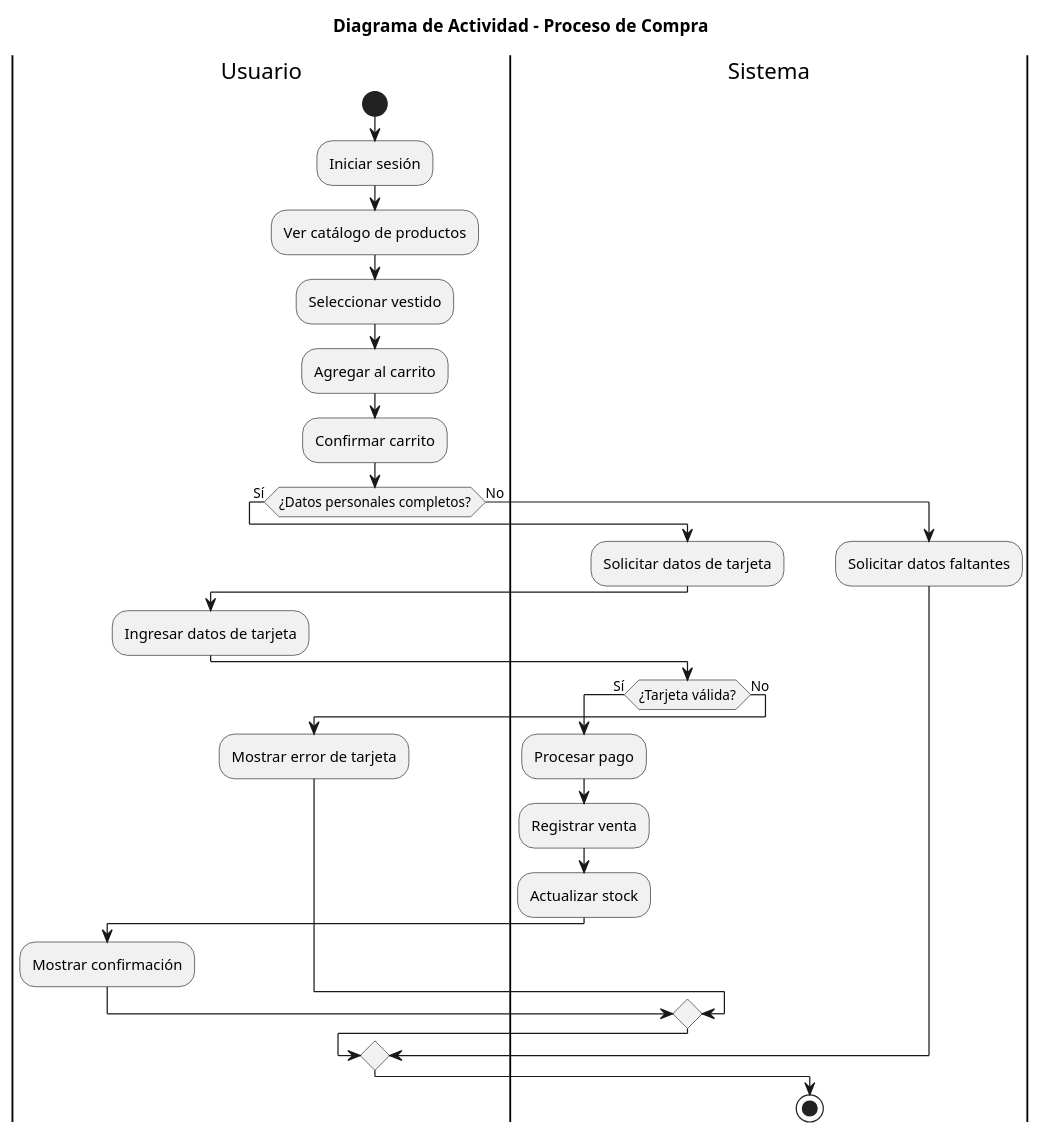
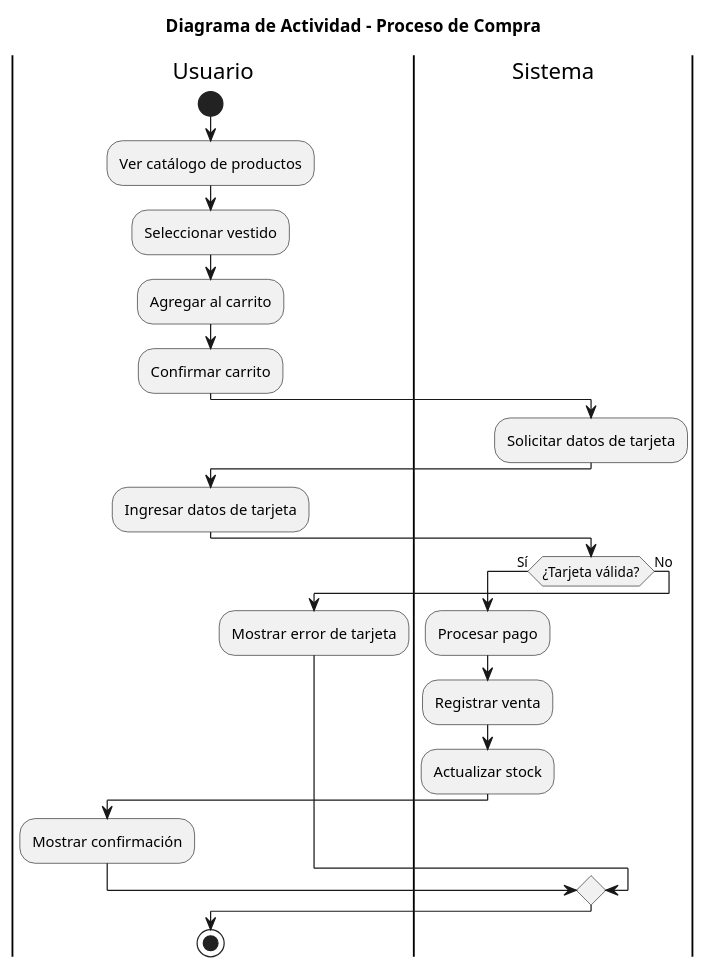
The diagram in Final_ing2/Diagrama_actividad_Gonzalez_proceso_compra.puml (Luci1274/plant), drawn with PlantUML before and after one commit. The commit also changed 19 other files, not shown here.

```diff
--- a/Final_ing2/Diagrama_actividad_Gonzalez_proceso_compra.puml
+++ b/Final_ing2/Diagrama_actividad_Gonzalez_proceso_compra.puml
@@ -1,33 +1,27 @@
 @startuml
 title Diagrama de Actividad - Proceso de Compra
 
 |Usuario|
 start
-:Iniciar sesión;
 :Ver catálogo de productos;
 :Seleccionar vestido;
 :Agregar al carrito;
 :Confirmar carrito;
 
-if (¿Datos personales completos?) then (Sí)
-  |Sistema|
-  :Solicitar datos de tarjeta;
+|Sistema|
+:Solicitar datos de tarjeta;
+|Usuario|
+:Ingresar datos de tarjeta;
+|Sistema|
+if (¿Tarjeta válida?) then (Sí)
+  :Procesar pago;
+  :Registrar venta;
+  :Actualizar stock;
   |Usuario|
-  :Ingresar datos de tarjeta;
-  |Sistema|
-  if (¿Tarjeta válida?) then (Sí)
-    :Procesar pago;
-    :Registrar venta;
-    :Actualizar stock;
-    |Usuario|
-    :Mostrar confirmación;
-  else (No)
-    :Mostrar error de tarjeta;
-  endif
+  :Mostrar confirmación;
 else (No)
-  |Sistema|
-  :Solicitar datos faltantes;
+  :Mostrar error de tarjeta;
 endif
 
 stop
 @enduml
```
